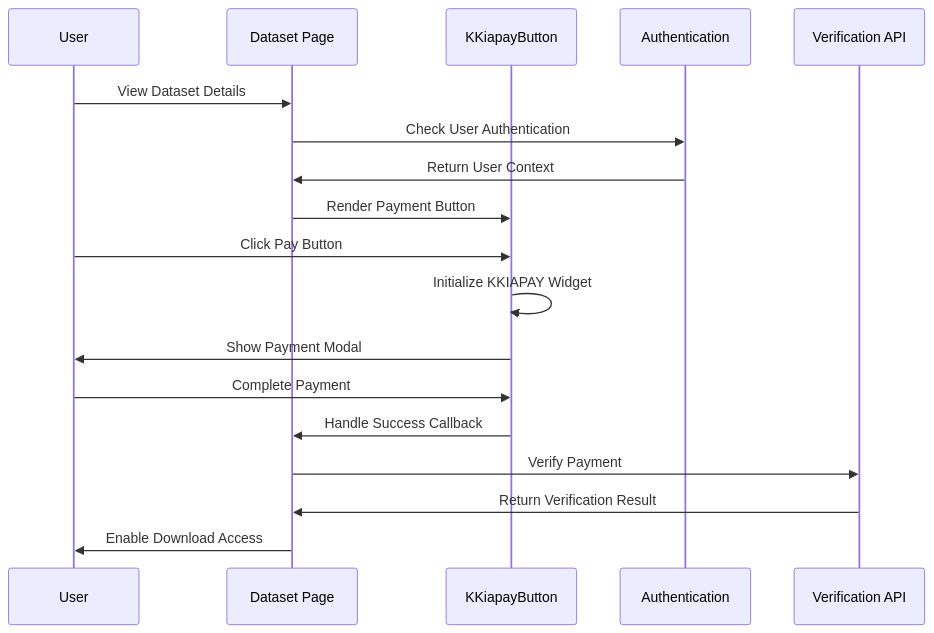
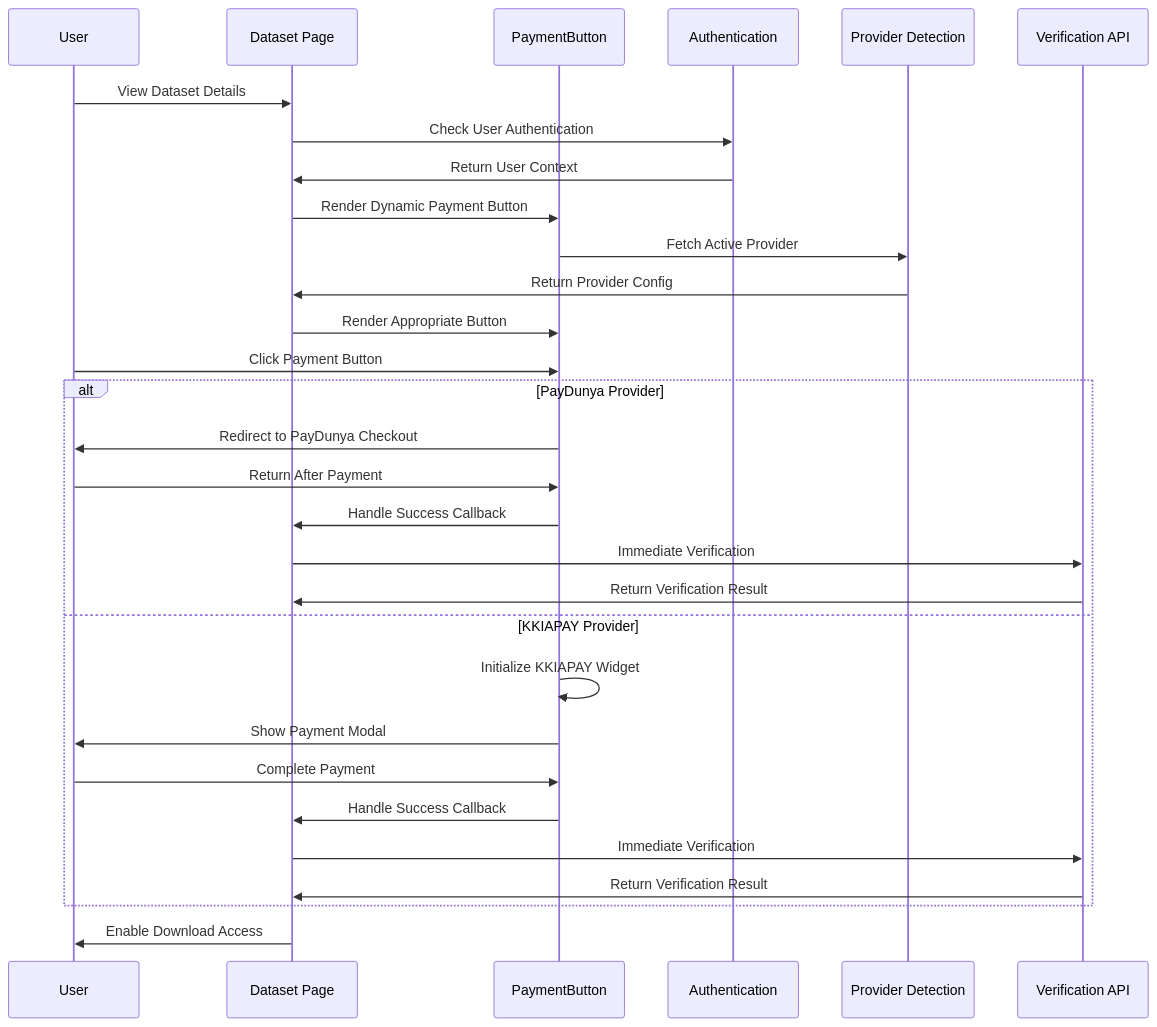
The sixth of 12 diagrams in .qoder/repowiki/en/content/Payment System/KKIAPAY Integration.md (alikizang/datafrica), drawn with Mermaid before and after one commit. The commit also changed other lines of this file and 21 other files, not shown here.

````diff
--- a/.qoder/repowiki/en/content/Payment System/KKIAPAY Integration.md
+++ b/.qoder/repowiki/en/content/Payment System/KKIAPAY Integration.md
@@ -250,20 +323,32 @@
 ```mermaid
 sequenceDiagram
 participant User as User
 participant Page as Dataset Page
-participant Button as KKiapayButton
+participant Button as PaymentButton
 participant Auth as Authentication
+participant Provider as Provider Detection
 participant API as Verification API
 User->>Page : View Dataset Details
 Page->>Auth : Check User Authentication
 Auth->>Page : Return User Context
-Page->>Button : Render Payment Button
-User->>Button : Click Pay Button
+Page->>Button : Render Dynamic Payment Button
+Button->>Provider : Fetch Active Provider
+Provider->>Page : Return Provider Config
+Page->>Button : Render Appropriate Button
+User->>Button : Click Payment Button
+alt PayDunya Provider
+Button->>User : Redirect to PayDunya Checkout
+User->>Button : Return After Payment
+Button->>Page : Handle Success Callback
+Page->>API : Immediate Verification
+API->>Page : Return Verification Result
+else KKIAPAY Provider
 Button->>Button : Initialize KKIAPAY Widget
 Button->>User : Show Payment Modal
 User->>Button : Complete Payment
 Button->>Page : Handle Success Callback
-Page->>API : Verify Payment
+Page->>API : Immediate Verification
 API->>Page : Return Verification Result
+end
 Page->>User : Enable Download Access
 ```
````
